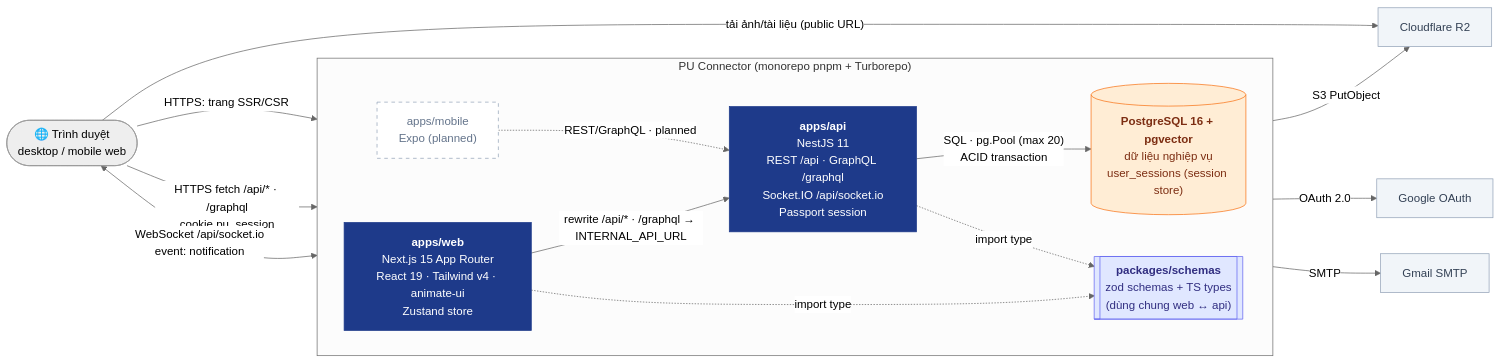
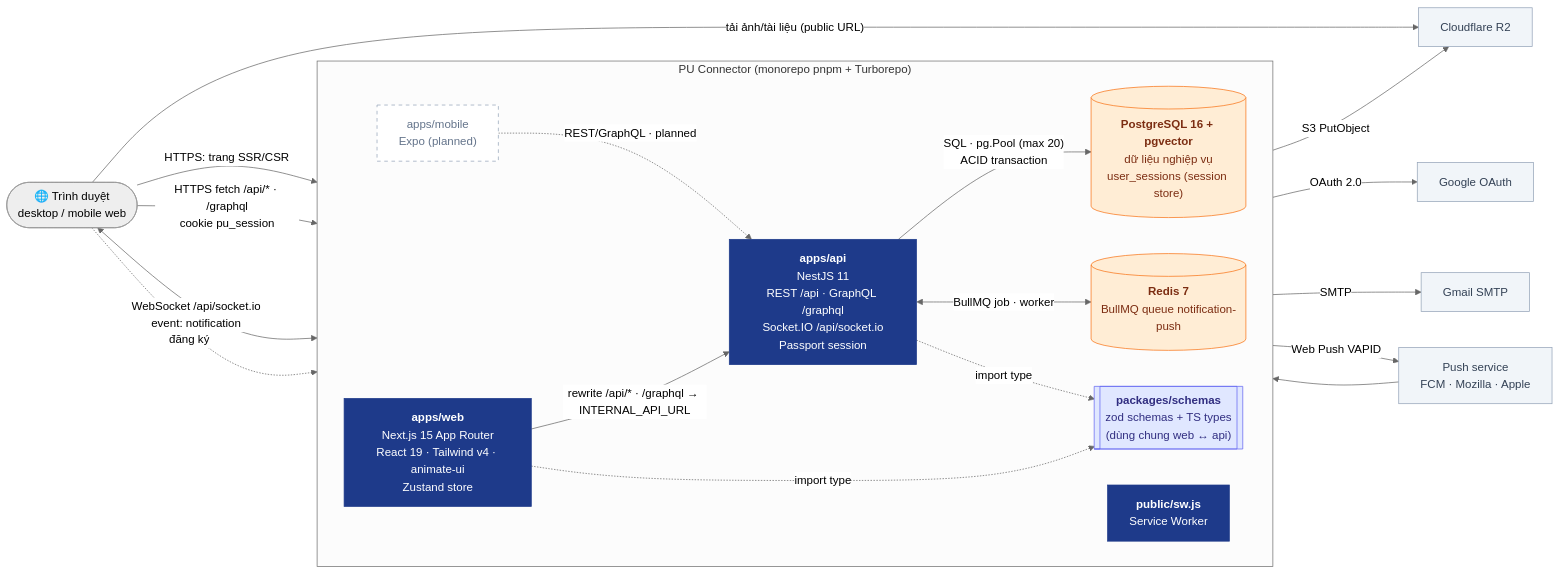
The diagram in docs/diagrams/02-containers.md (nhatcoi/pu-connect), drawn with Mermaid (neutral theme) before and after one commit. The commit also changed other lines of this file and 8 other files, not shown here.

Commit message:
docs: Web Push and BullMQ design, diagrams and ERD

````diff
--- a/docs/diagrams/02-containers.md
+++ b/docs/diagrams/02-containers.md
@@ -5,42 +5,48 @@
 ```mermaid
 flowchart LR
   browser(["🌐 Trình duyệt<br/>desktop / mobile web"])
 
   subgraph PUC["PU Connector (monorepo pnpm + Turborepo)"]
     direction LR
     web["<b>apps/web</b><br/>Next.js 15 App Router<br/>React 19 · Tailwind v4 · animate-ui<br/>Zustand store"]
     api["<b>apps/api</b><br/>NestJS 11<br/>REST /api · GraphQL /graphql<br/>Socket.IO /api/socket.io<br/>Passport session"]
     schemas[["<b>packages/schemas</b><br/>zod schemas + TS types<br/>(dùng chung web ↔ api)"]]
+    redis[("<b>Redis 7</b><br/>BullMQ queue notification-push")]
+    sw["<b>public/sw.js</b><br/>Service Worker"]
     db[("<b>PostgreSQL 16 + pgvector</b><br/>dữ liệu nghiệp vụ<br/>user_sessions (session store)")]
     mobile["apps/mobile<br/>Expo (planned)"]
   end
 
   google["Google OAuth"]
   gmail["Gmail SMTP"]
   r2["Cloudflare R2"]
 
   browser -->|"HTTPS: trang SSR/CSR"| web
   browser -->|"HTTPS fetch /api/* · /graphql<br/>cookie pu_session"| web
   web -->|"rewrite /api/* · /graphql → INTERNAL_API_URL"| api
   browser <-->|"WebSocket /api/socket.io<br/>event: notification"| api
   browser -->|"tải ảnh/tài liệu (public URL)"| r2
 
   api -->|"SQL · pg.Pool (max 20)<br/>ACID transaction"| db
   api -->|OAuth 2.0| google
   api -->|SMTP| gmail
   api -->|S3 PutObject| r2
+  api <-->|BullMQ job · worker| redis
+  api -->|Web Push VAPID| pushsvc["Push service<br/>FCM · Mozilla · Apple"]
+  pushsvc --> sw
+  browser -. đăng ký .-> sw
   web -. import type .-> schemas
   api -. import type .-> schemas
   mobile -.->|REST/GraphQL · planned| api
 
   classDef app fill:#1e3a8a,stroke:#1e3a8a,color:#fff
   classDef store fill:#ffedd5,stroke:#f97316,color:#7c2d12
   classDef lib fill:#e0e7ff,stroke:#6366f1,color:#312e81
   classDef external fill:#f1f5f9,stroke:#94a3b8,color:#334155
   classDef planned fill:#fff,stroke:#94a3b8,color:#64748b,stroke-dasharray:5 5
-  class web,api app
-  class db store
+  class web,api,sw app
+  class db,redis store
   class schemas lib
-  class google,gmail,r2 external
+  class google,gmail,r2,pushsvc external
   class mobile planned
 ```
````
